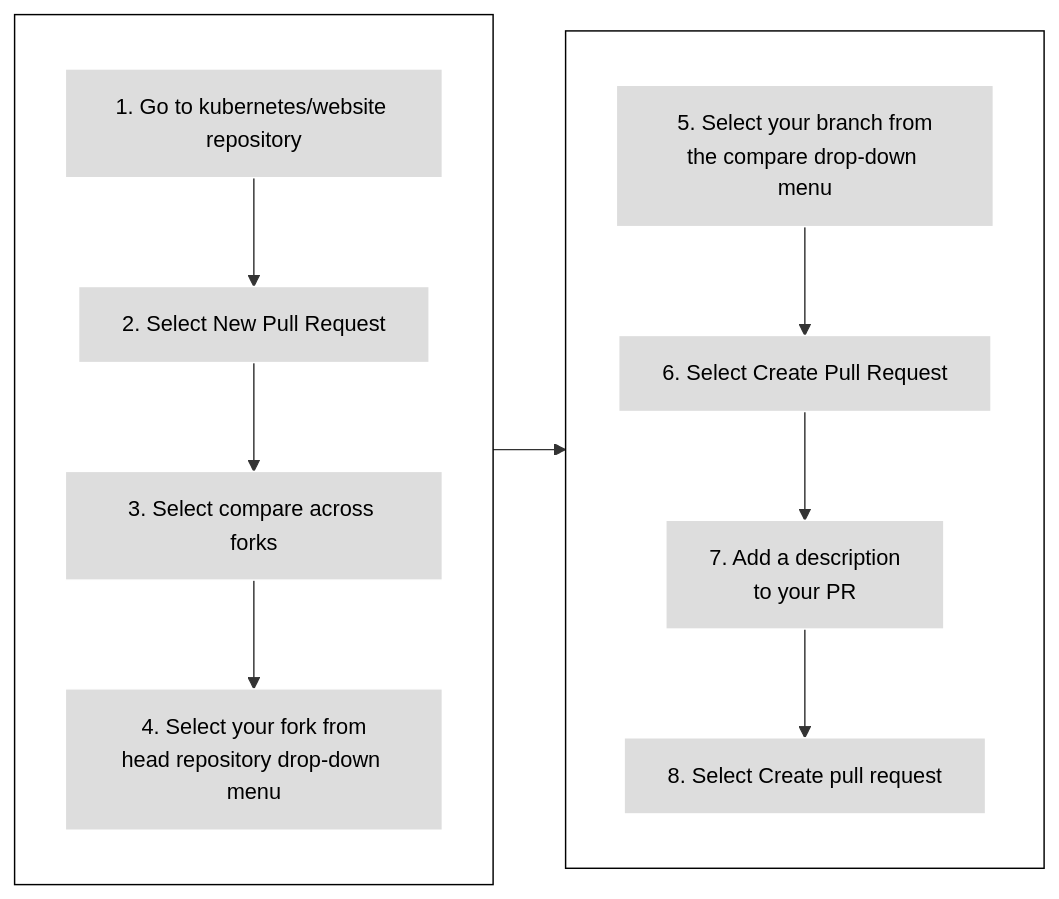
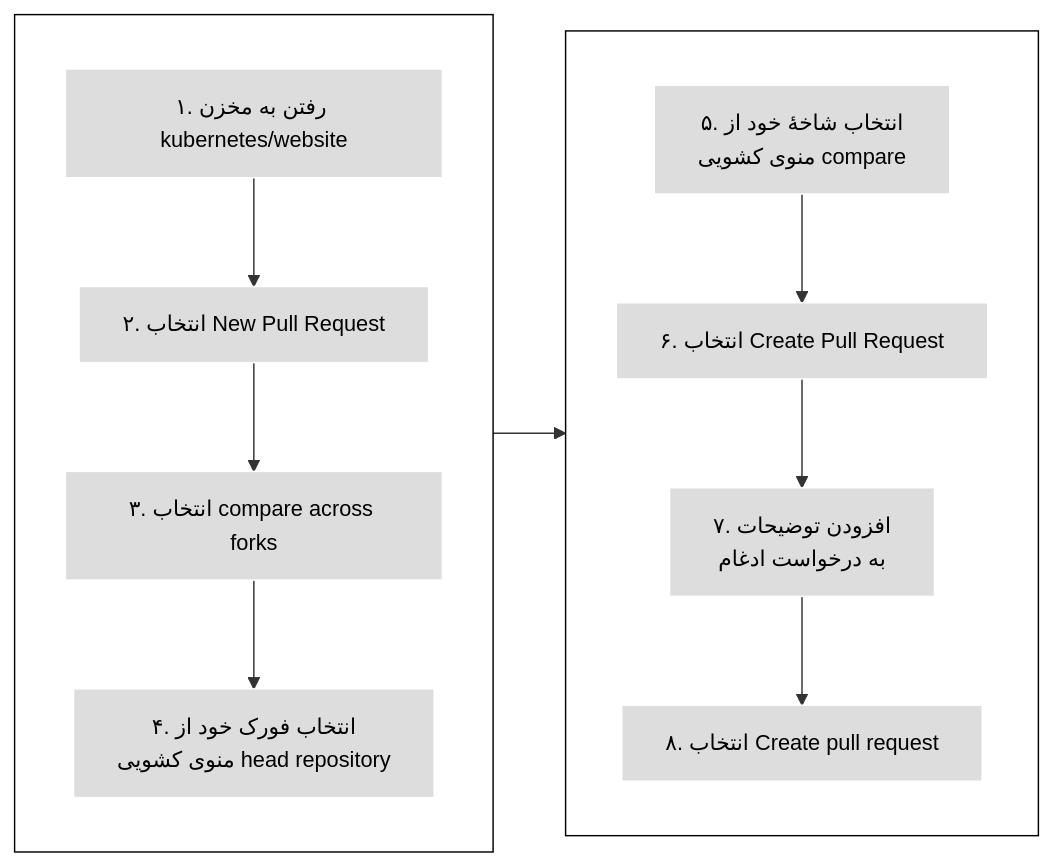
Before and after one commit to soroush67/kubernetes-doc-fa: the third of 3 diagrams in md/contribute/new-content/open-a-pr.md, drawn with Mermaid. The commit also changed other lines of this file and 32 other files, not shown here.

```diff
--- a/md/contribute/new-content/open-a-pr.md
+++ b/md/contribute/new-content/open-a-pr.md
@@ -305,22 +299,22 @@
 {{< mermaid >}}
 flowchart LR
 subgraph first[ ]
 direction TB
-1[1. Go to kubernetes/website repository] --> 2[2. Select New Pull Request]
-2 --> 3[3. Select compare across forks]
-3 --> 4[4. Select your fork from<br>head repository drop-down menu]
+1[۱. رفتن به مخزن kubernetes/website] --> 2[۲. انتخاب New Pull Request]
+2 --> 3[۳. انتخاب compare across forks]
+3 --> 4[۴. انتخاب فورک خود از<br>منوی کشویی head repository]
 end
 subgraph second [ ]
 direction TB
-5[5. Select your branch from<br>the compare drop-down menu] --> 6[6. Select Create Pull Request]
-6 --> 7[7. Add a description<br>to your PR]
-7 --> 8[8. Select Create pull request]
+5[۵. انتخاب شاخهٔ خود از<br>منوی کشویی compare] --> 6[۶. انتخاب Create Pull Request]
+6 --> 7[۷. افزودن توضیحات<br>به درخواست ادغام]
+7 --> 8[۸. انتخاب Create pull request]
 end
 
 first --> second
 
 classDef grey fill:#dddddd,stroke:#ffffff,stroke-width:px,color:#000000, font-size:15px;
 classDef white fill:#ffffff,stroke:#000,stroke-width:px,color:#000,font-weight:bold
 class 1,2,3,4,5,6,7,8 grey
 class first,second white
 {{</ mermaid >}}
```
